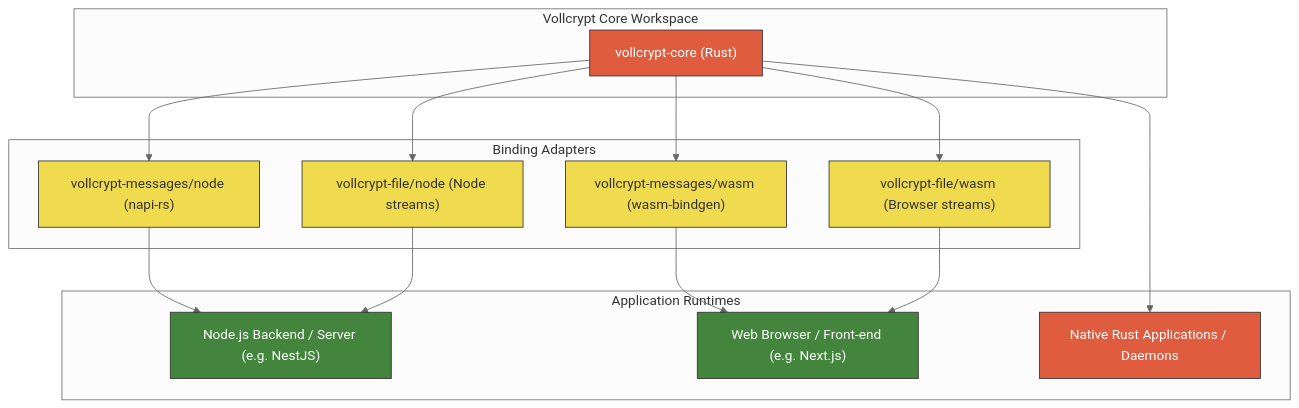
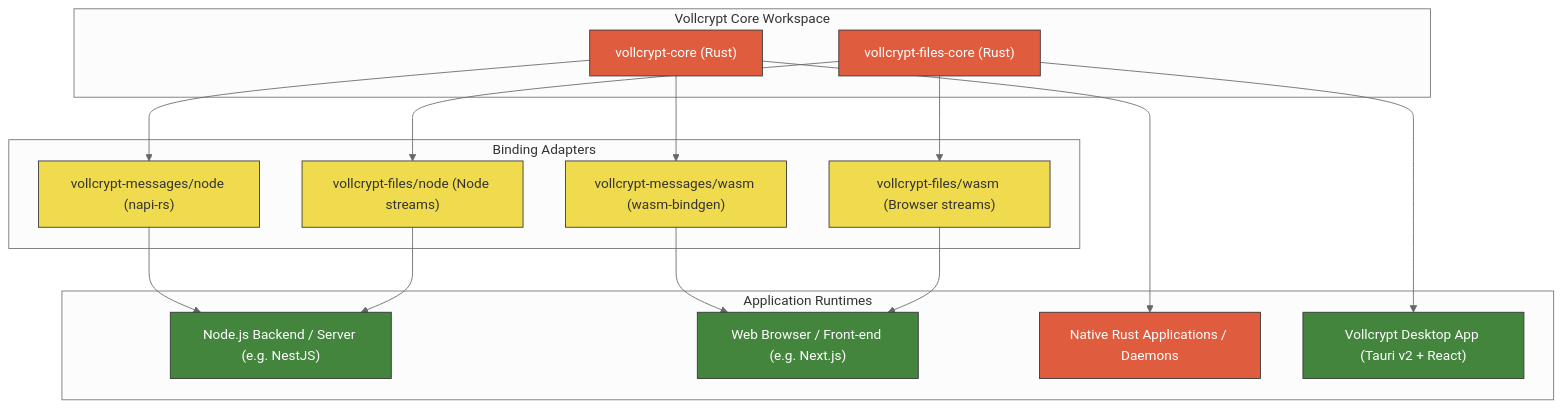
Before and after one commit to BeratVural/vollcrypt: the diagram in README.md, drawn with Mermaid (neutral theme). The commit also changed other lines of this file and 1 other file, not shown here.

Commit message:
docs: add detailed README-desktop.md and link it in root README

````diff
--- a/README.md
+++ b/README.md
@@ -34,34 +36,37 @@
 ```mermaid
 graph TD
     classDef rust fill:#df5c3f,stroke:#333,stroke-width:1px,color:#fff;
     classDef bindings fill:#f0db4f,stroke:#333,stroke-width:1px,color:#333;
     classDef runtime fill:#43853d,stroke:#333,stroke-width:1px,color:#fff;
 
     subgraph Core ["Vollcrypt Core Workspace"]
-        vollcrypt_core["vollcrypt-core (Rust)"]:::rust
+        vollcrypt_core["vollcrypt-files-core (Rust)"]:::rust
+        vollcrypt_messages_core["vollcrypt-core (Rust)"]:::rust
     end
 
     subgraph Bindings ["Binding Adapters"]
         napi["vollcrypt-messages/node (napi-rs)"]:::bindings
         wasm["vollcrypt-messages/wasm (wasm-bindgen)"]:::bindings
-        files_node["vollcrypt-file/node (Node streams)"]:::bindings
-        files_wasm["vollcrypt-file/wasm (Browser streams)"]:::bindings
+        files_node["vollcrypt-files/node (Node streams)"]:::bindings
+        files_wasm["vollcrypt-files/wasm (Browser streams)"]:::bindings
     end
 
     subgraph Clients ["Application Runtimes"]
         node_app["Node.js Backend / Server (e.g. NestJS)"]:::runtime
         web_app["Web Browser / Front-end (e.g. Next.js)"]:::runtime
         native_app["Native Rust Applications / Daemons"]:::rust
+        desktop_app["Vollcrypt Desktop App (Tauri v2 + React)"]:::runtime
     end
 
-    vollcrypt_core --> napi
-    vollcrypt_core --> wasm
+    vollcrypt_messages_core --> napi
+    vollcrypt_messages_core --> wasm
     vollcrypt_core --> files_node
     vollcrypt_core --> files_wasm
+    vollcrypt_core --> desktop_app
 
     napi --> node_app
     wasm --> web_app
     files_node --> node_app
     files_wasm --> web_app
-    vollcrypt_core --> native_app
+    vollcrypt_messages_core --> native_app
 ```
````
